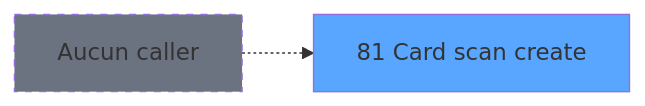
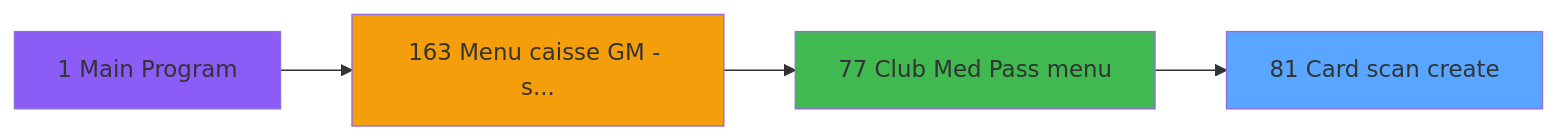
One commit to thonyAGP/lecteur-magic changed the second of 3 diagrams in .openspec/specs/ADH-IDE-81.md. Above: the diagram before and after it, drawn with Mermaid. The commit also changed other lines of this file and 493 other files, not shown here.

````diff
--- a/.openspec/specs/ADH-IDE-81.md
+++ b/.openspec/specs/ADH-IDE-81.md
@@ -200,8 +223,14 @@
 ```mermaid
 graph LR
     T81[81 Card scan create]
     style T81 fill:#58a6ff
-    NONE[Aucun caller]
-    NONE -.-> T81
-    style NONE fill:#6b7280,stroke-dasharray: 5 5
+    CC1[1 Main Program]
+    style CC1 fill:#8b5cf6
+    CC163[163 Menu caisse GM - s...]
+    style CC163 fill:#f59e0b
+    CC77[77 Club Med Pass menu]
+    style CC77 fill:#3fb950
+    CC163 --> CC77
+    CC1 --> CC163
+    CC77 --> T81
 ```
````
